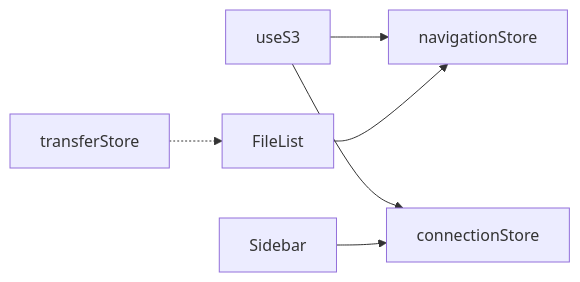
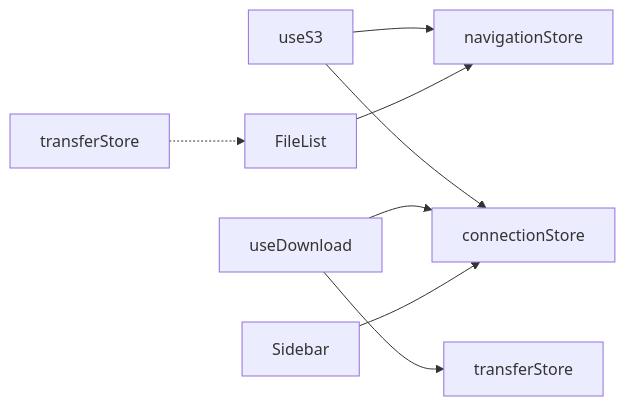
One commit to nasrulhadi/s3-explorer changed the sixth of 8 diagrams in .qoder/repowiki/en/content/Technical Implementation/React Hooks Architecture.md. Above: the diagram before and after it, drawn with Mermaid. The commit also changed other lines of this file and 44 other files, not shown here.

First line of the commit message:
feat(ui): introduce comprehensive UI component system with TransferPanel and AddConnectionModal

````diff
--- a/.qoder/repowiki/en/content/Technical Implementation/React Hooks Architecture.md
+++ b/.qoder/repowiki/en/content/Technical Implementation/React Hooks Architecture.md
@@ -306,8 +398,10 @@
 ```mermaid
 graph LR
 USE_S3["useS3"] --> CONN["connectionStore"]
 USE_S3 --> NAV["navigationStore"]
+USE_DOWNLOAD["useDownload"] --> CONN["connectionStore"]
+USE_DOWNLOAD --> TRANSFER["transferStore"]
 FILELIST["FileList"] --> NAV
 SIDEBAR["Sidebar"] --> CONN
 TRANSFERS["transferStore"] -.-> FILELIST
 ```
````
